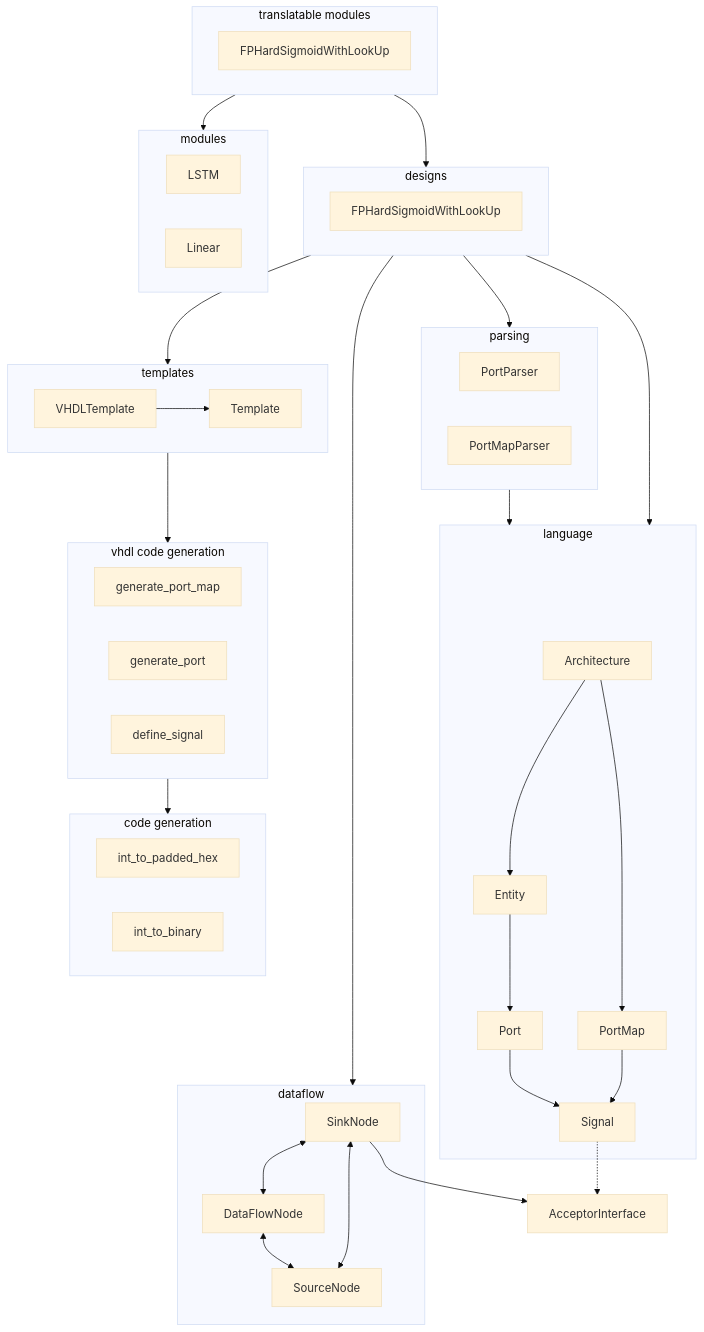
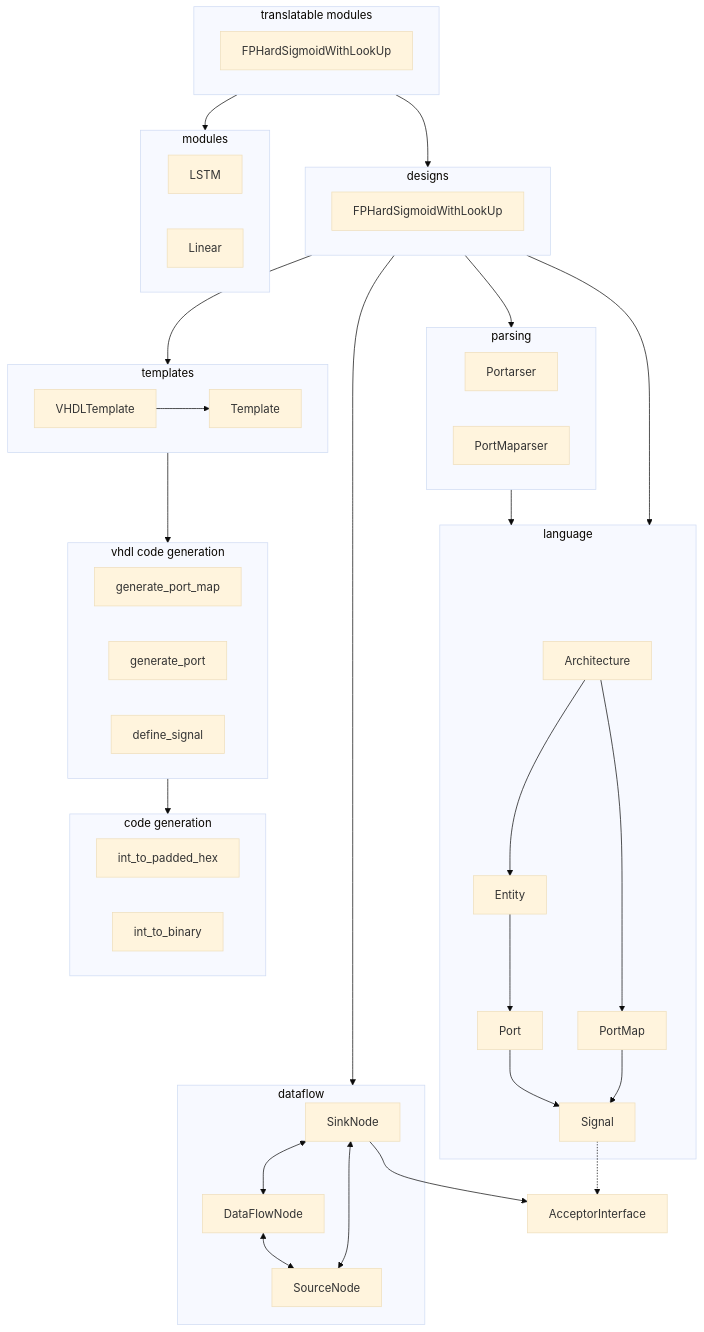
The second of 2 diagrams in elasticai/creator/vhdl/design.md (es-ude/elastic-ai.creator), drawn with Mermaid (base theme) before and after one commit. The commit also changed other lines of this file and 6 other files, not shown here.

````diff
--- a/elasticai/creator/vhdl/design.md
+++ b/elasticai/creator/vhdl/design.md
@@ -19,48 +19,48 @@
 ```mermaid
 flowchart TB
   subgraph templates
     VHDLTemplate --> Template
   end
   subgraph designs
     designFPHardSigmoidWithLookUp["FPHardSigmoidWithLookUp"]
   end
   subgraph parsing
-    PortParser
-    PortMapParser
+    Portarser
+    PortMaparser
   end
   subgraph modules
     LSTM
     Linear
   end
   subgraph transmodules["translatable modules"]
     FPHardSigmoidWithLookUp
   end
   transmodules --> modules
   subgraph language
     Architecture --> Entity --> Port --> Signal
     Architecture --> PortMap --> Signal
   end
   parsing --> language
   designs --> parsing
   designs --> templates
   designs --> language
   designs --> dataflow
   transmodules --> designs
   subgraph codegen["code generation"]
     int_to_padded_hex
     int_to_binary
   end
   subgraph vhdlcodegen["vhdl code generation"]
     generate_port_map
     generate_port
     define_signal
   end
   subgraph dataflow
     SinkNode <--> DataFlowNode <--> SourceNode <--> SinkNode
   end
 
   vhdlcodegen --> codegen
   templates --> vhdlcodegen
   SinkNode --> acceptor["AcceptorInterface"]
   Signal -.-> acceptor
 ```
````
